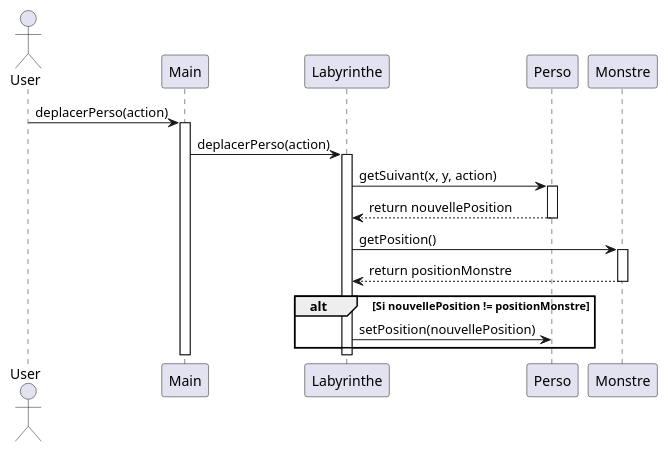
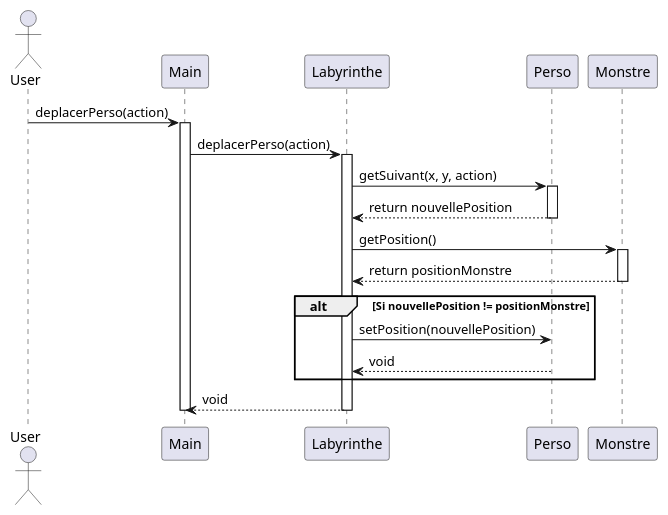
Before and after one commit to LukaSalvo/SAE2024: the diagram in zeldiablo/documents/version_2/diagseq_MonstrePerso.puml, drawn with PlantUML. The commit also changed 4 other files, not shown here.

```diff
--- a/zeldiablo/documents/version_2/diagseq_MonstrePerso.puml
+++ b/zeldiablo/documents/version_2/diagseq_MonstrePerso.puml
@@ -1,25 +1,27 @@
 @startuml
 actor User
 participant Main
 participant Labyrinthe
 participant Perso
 participant Monstre
 
 User -> Main: deplacerPerso(action)
 activate Main
 Main -> Labyrinthe: deplacerPerso(action)
 activate Labyrinthe
 Labyrinthe -> Perso: getSuivant(x, y, action)
 activate Perso
 Perso --> Labyrinthe: return nouvellePosition
 deactivate Perso
 Labyrinthe -> Monstre: getPosition()
 activate Monstre
 Monstre --> Labyrinthe: return positionMonstre
 deactivate Monstre
 alt Si nouvellePosition != positionMonstre
     Labyrinthe -> Perso: setPosition(nouvellePosition)
+    Perso --> Labyrinthe:void
 end
+Labyrinthe --> Main : void
 deactivate Labyrinthe
 deactivate Main
 @enduml
```
